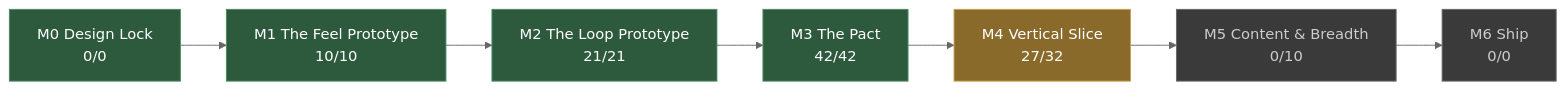
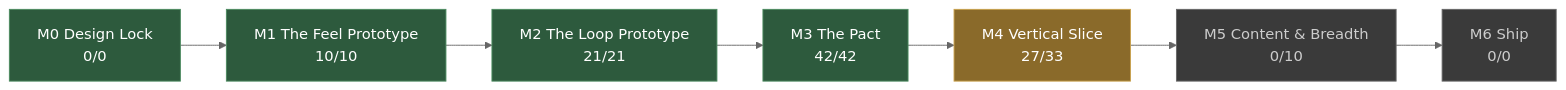
The diagram in docs/STATUS.md (JoshuaGessner/she), drawn with Mermaid (neutral theme) before and after one commit. The commit also changed other lines of this file and 6 other files, not shown here.

````diff
--- a/docs/STATUS.md
+++ b/docs/STATUS.md
@@ -13,19 +13,19 @@
 ```mermaid
 flowchart LR
   M0["M0 Design Lock<br/>0/0"]:::passed
   M1["M1 The Feel Prototype<br/>10/10"]:::passed
   M0 --> M1
   M2["M2 The Loop Prototype<br/>21/21"]:::passed
   M1 --> M2
   M3["M3 The Pact<br/>42/42"]:::passed
   M2 --> M3
-  M4["M4 Vertical Slice<br/>27/32"]:::current
+  M4["M4 Vertical Slice<br/>27/33"]:::current
   M3 --> M4
   M5["M5 Content & Breadth<br/>0/10"]:::ahead
   M4 --> M5
   M6["M6 Ship<br/>0/0"]:::ahead
   M5 --> M6
   classDef passed fill:#2d5a3d,stroke:#4a8a5f,color:#fff
   classDef current fill:#8a6a2a,stroke:#c8a04a,color:#fff
   classDef ahead fill:#3a3a3a,stroke:#666,color:#ccc
 ```
````
